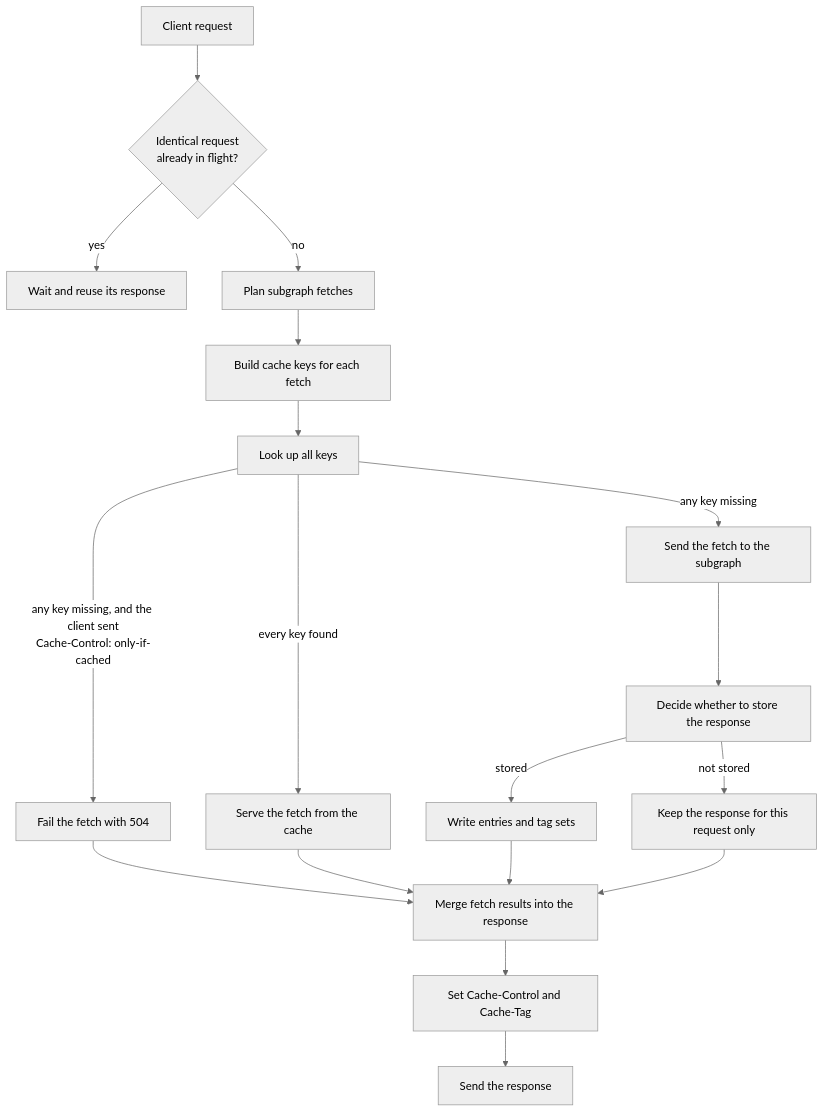
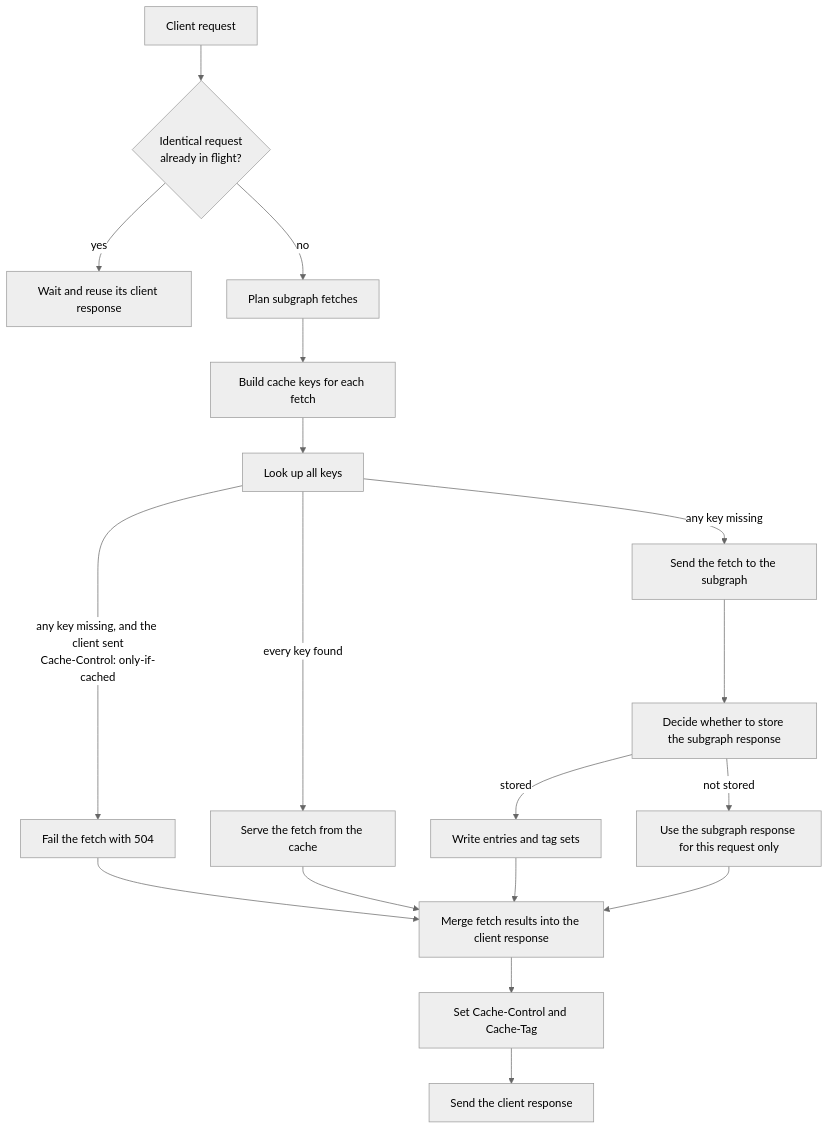
Before and after one commit to wundergraph/cosmo: the diagram in docs-website/router/response-cache/how-it-works.mdx, drawn with Mermaid (neutral theme). The commit also changed other lines of this file, not shown here.

Commit message:
docs(router): define client and subgraph requests and responses

````diff
--- a/docs-website/router/response-cache/how-it-works.mdx
+++ b/docs-website/router/response-cache/how-it-works.mdx
@@ -171,20 +175,20 @@
 ```mermaid
 flowchart TD
   A[Client request] --> B{Identical request<br/>already in flight?}
-  B -- yes --> C[Wait and reuse its response]
+  B -- yes --> C[Wait and reuse its client response]
   B -- no --> D[Plan subgraph fetches]
   D --> E[Build cache keys for each fetch]
   E --> F[Look up all keys]
   F -- every key found --> G[Serve the fetch from the cache]
   F -- any key missing --> H[Send the fetch to the subgraph]
   F -- "any key missing, and the client sent<br/>Cache-Control: only-if-cached" --> X[Fail the fetch with 504]
   X --> L
-  H --> I[Decide whether to store the response]
+  H --> I[Decide whether to store the subgraph response]
   I -- stored --> J[Write entries and tag sets]
-  I -- not stored --> K[Keep the response for this request only]
-  G --> L[Merge fetch results into the response]
+  I -- not stored --> K[Use the subgraph response for this request only]
+  G --> L[Merge fetch results into the client response]
   J --> L
   K --> L
   L --> M[Set Cache-Control and Cache-Tag]
-  M --> N[Send the response]
+  M --> N[Send the client response]
 ```
````
